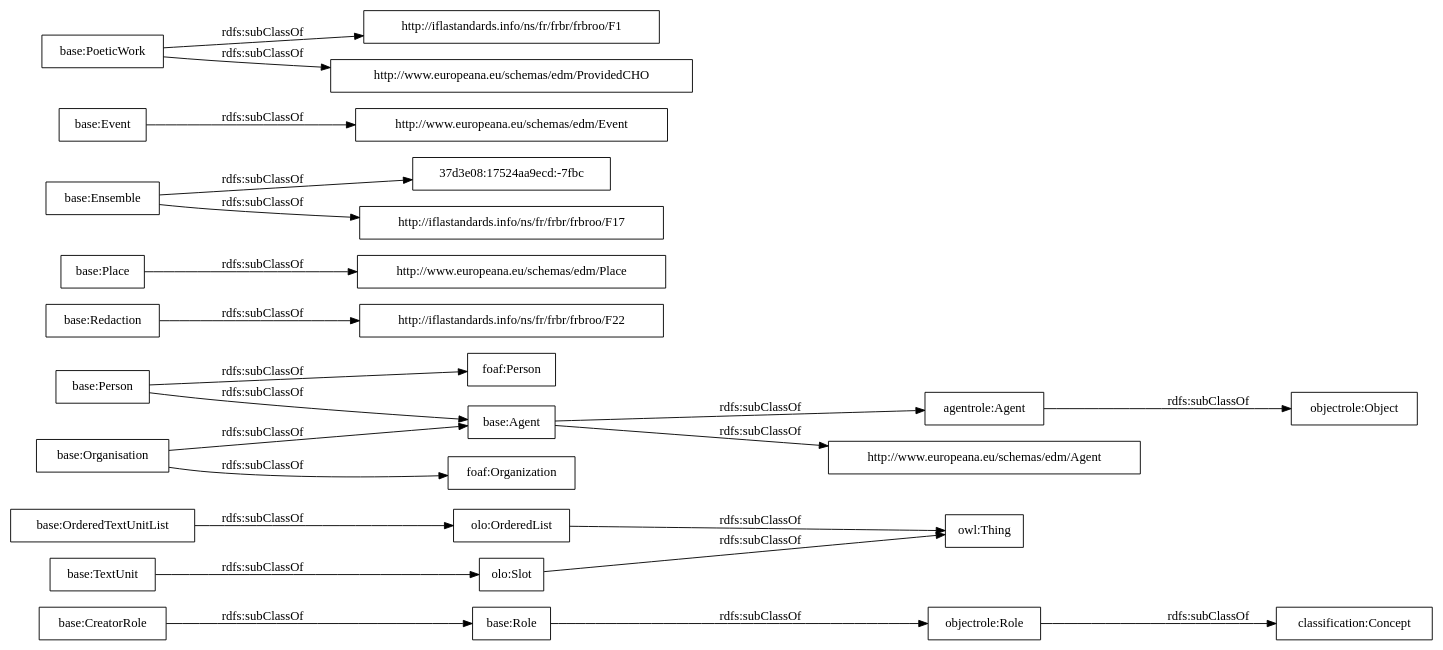
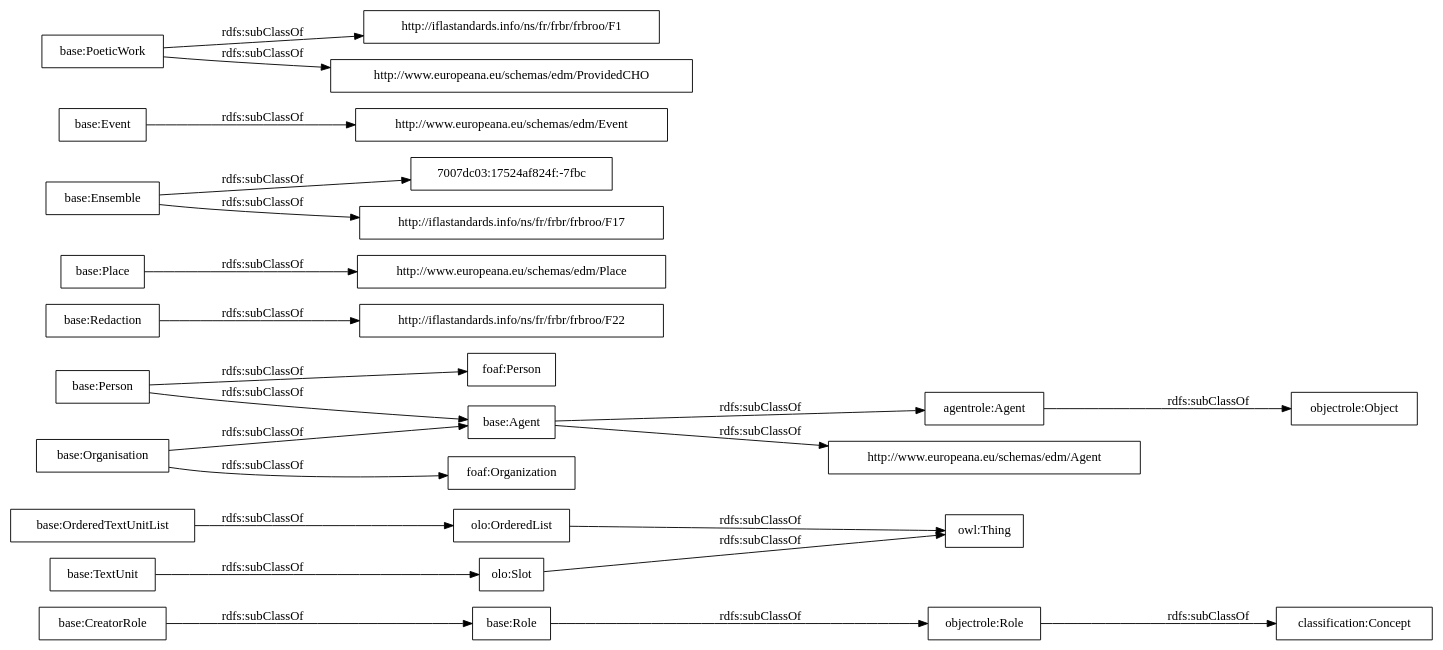
Before and after one commit to OnToologyUser/core-ontology-1: the diagram in OnToology/postdata-core.owl/diagrams/ar2dtool-taxonomy/postdata-core.owl.png.dot, drawn with Graphviz. The commit also changed 14 other files, not shown here.

```diff
--- a/OnToology/postdata-core.owl/diagrams/ar2dtool-taxonomy/postdata-core.owl.png.dot
+++ b/OnToology/postdata-core.owl/diagrams/ar2dtool-taxonomy/postdata-core.owl.png.dot
@@ -1,27 +1,27 @@
 digraph ar2dtool_diagram { 
 rankdir=LR;
 size="1000"
-node [shape = rectangle, color="black"]; "base:Role" "base:OrderedTextUnitList" "agentrole:Agent" "http://iflastandards.info/ns/fr/frbr/frbroo/F22" "http://www.europeana.eu/schemas/edm/Agent" "base:Agent" "base:CreatorRole" "base:Person" "base:Organisation" "http://www.europeana.eu/schemas/edm/Place" "base:Redaction" "base:Ensemble" "foaf:Person" "http://www.europeana.eu/schemas/edm/Event" "base:TextUnit" "http://iflastandards.info/ns/fr/frbr/frbroo/F1" "foaf:Organization" "http://www.europeana.eu/schemas/edm/ProvidedCHO" "base:Place" "base:Event" "37d3e08:17524aa9ecd:-7fbc" "base:PoeticWork" "http://iflastandards.info/ns/fr/frbr/frbroo/F17" "owl:Thing" "objectrole:Role" "objectrole:Object" "olo:Slot" "olo:OrderedList" "classification:Concept" ; /*classes style*/
+node [shape = rectangle, color="black"]; "base:Role" "base:OrderedTextUnitList" "agentrole:Agent" "http://iflastandards.info/ns/fr/frbr/frbroo/F22" "http://www.europeana.eu/schemas/edm/Agent" "base:Agent" "base:CreatorRole" "base:Person" "base:Organisation" "http://www.europeana.eu/schemas/edm/Place" "base:Redaction" "base:Ensemble" "foaf:Person" "http://www.europeana.eu/schemas/edm/Event" "base:TextUnit" "foaf:Organization" "http://iflastandards.info/ns/fr/frbr/frbroo/F1" "7007dc03:17524af824f:-7fbc" "http://www.europeana.eu/schemas/edm/ProvidedCHO" "base:Place" "base:Event" "base:PoeticWork" "http://iflastandards.info/ns/fr/frbr/frbroo/F17" "owl:Thing" "objectrole:Role" "objectrole:Object" "olo:Slot" "olo:OrderedList" "classification:Concept" ; /*classes style*/
 	"base:Redaction" -> "http://iflastandards.info/ns/fr/frbr/frbroo/F22" [ label = "rdfs:subClassOf" ];
 	"base:Role" -> "objectrole:Role" [ label = "rdfs:subClassOf" ];
 	"base:Event" -> "http://www.europeana.eu/schemas/edm/Event" [ label = "rdfs:subClassOf" ];
 	"base:Person" -> "foaf:Person" [ label = "rdfs:subClassOf" ];
 	"base:Person" -> "base:Agent" [ label = "rdfs:subClassOf" ];
 	"olo:OrderedList" -> "owl:Thing" [ label = "rdfs:subClassOf" ];
 	"olo:Slot" -> "owl:Thing" [ label = "rdfs:subClassOf" ];
 	"base:PoeticWork" -> "http://www.europeana.eu/schemas/edm/ProvidedCHO" [ label = "rdfs:subClassOf" ];
 	"base:PoeticWork" -> "http://iflastandards.info/ns/fr/frbr/frbroo/F1" [ label = "rdfs:subClassOf" ];
 	"base:TextUnit" -> "olo:Slot" [ label = "rdfs:subClassOf" ];
 	"agentrole:Agent" -> "objectrole:Object" [ label = "rdfs:subClassOf" ];
-	"base:Ensemble" -> "37d3e08:17524aa9ecd:-7fbc" [ label = "rdfs:subClassOf" ];
+	"base:Ensemble" -> "7007dc03:17524af824f:-7fbc" [ label = "rdfs:subClassOf" ];
 	"base:Ensemble" -> "http://iflastandards.info/ns/fr/frbr/frbroo/F17" [ label = "rdfs:subClassOf" ];
 	"base:OrderedTextUnitList" -> "olo:OrderedList" [ label = "rdfs:subClassOf" ];
 	"base:Agent" -> "agentrole:Agent" [ label = "rdfs:subClassOf" ];
 	"base:Agent" -> "http://www.europeana.eu/schemas/edm/Agent" [ label = "rdfs:subClassOf" ];
 	"objectrole:Role" -> "classification:Concept" [ label = "rdfs:subClassOf" ];
 	"base:Place" -> "http://www.europeana.eu/schemas/edm/Place" [ label = "rdfs:subClassOf" ];
 	"base:Organisation" -> "foaf:Organization" [ label = "rdfs:subClassOf" ];
 	"base:Organisation" -> "base:Agent" [ label = "rdfs:subClassOf" ];
 	"base:CreatorRole" -> "base:Role" [ label = "rdfs:subClassOf" ];
 
 }
```
